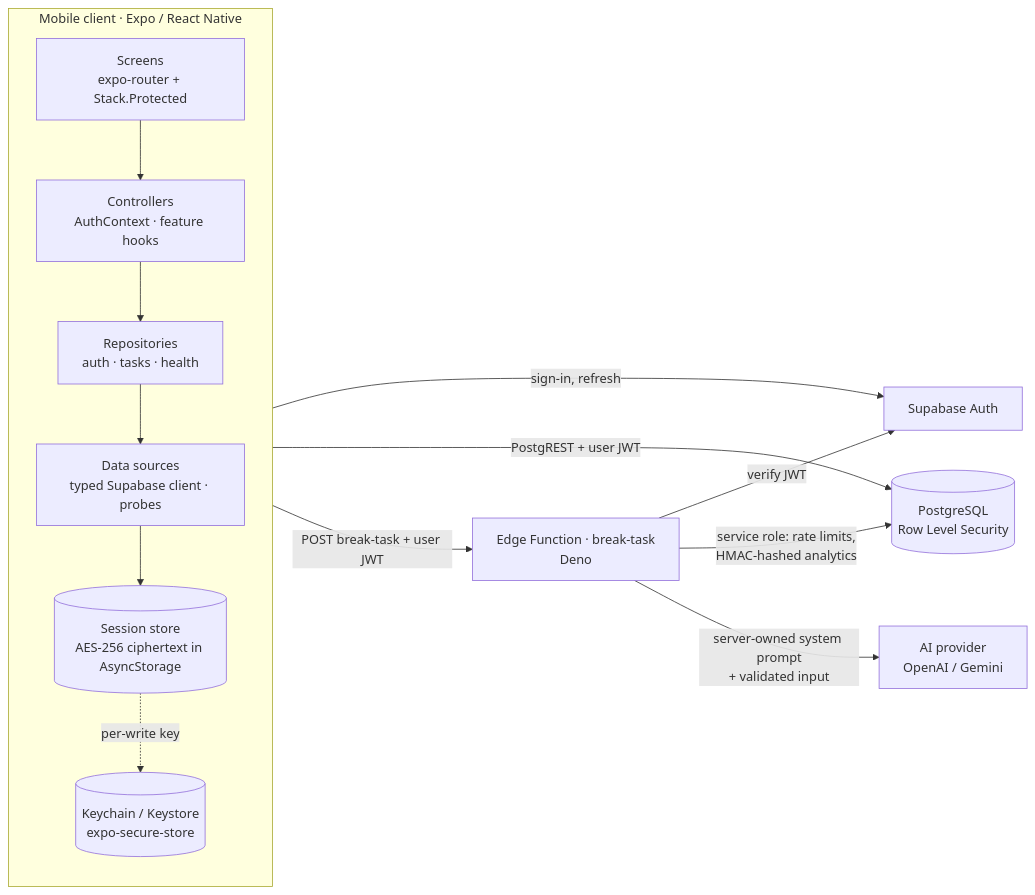
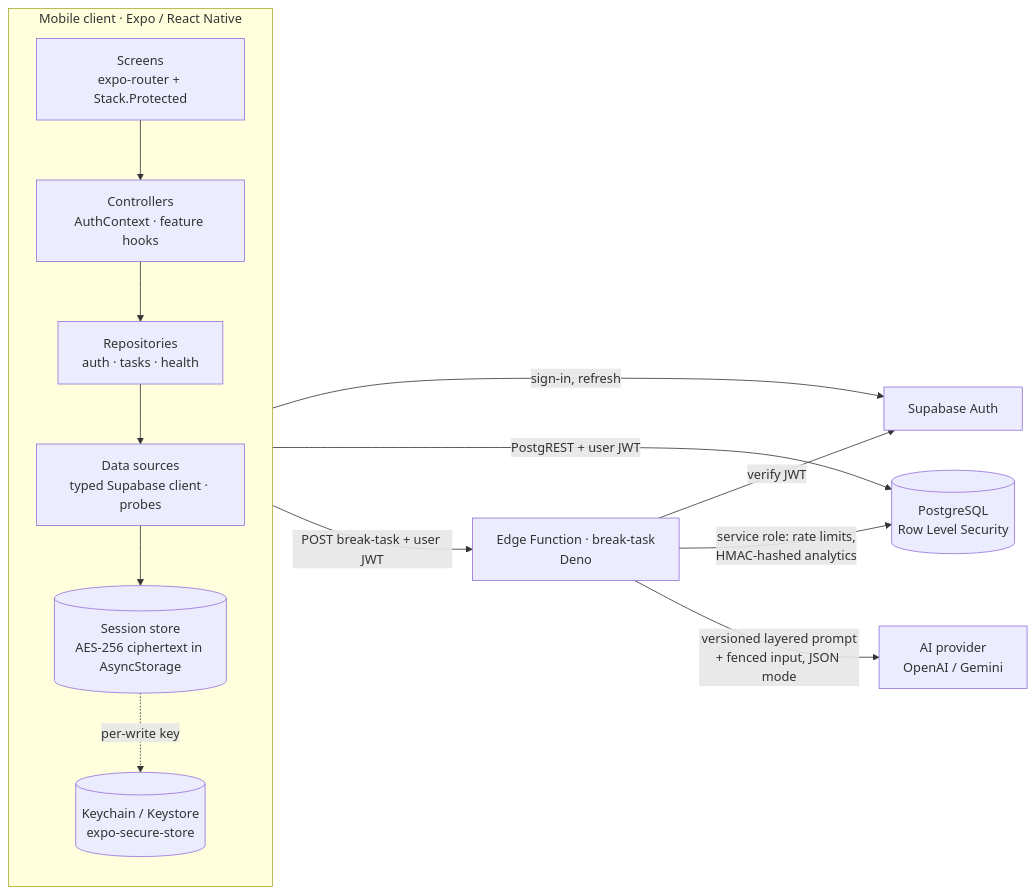
The first of 2 diagrams in README.md (ahmetHakanSenel/Minito), drawn with Mermaid before and after one commit. The commit also changed other lines of this file and 19 other files, not shown here.

````diff
--- a/README.md
+++ b/README.md
@@ -35,18 +40,18 @@
 ```mermaid
 flowchart LR
   subgraph Device["Mobile client · Expo / React Native"]
     direction TB
     UI["Screens<br/>expo-router + Stack.Protected"] --> CTRL["Controllers<br/>AuthContext · feature hooks"]
     CTRL --> REPO["Repositories<br/>auth · tasks · health"]
     REPO --> DATA["Data sources<br/>typed Supabase client · probes"]
     DATA --> SESSION[("Session store<br/>AES-256 ciphertext in AsyncStorage")]
     SESSION -. "per-write key" .-> KEYCHAIN[("Keychain / Keystore<br/>expo-secure-store")]
   end
 
   DATA -- "sign-in, refresh" --> AUTH["Supabase Auth"]
   DATA -- "PostgREST + user JWT" --> PG[("PostgreSQL<br/>Row Level Security")]
   DATA -- "POST break-task + user JWT" --> EF["Edge Function · break-task<br/>Deno"]
   EF -- "verify JWT" --> AUTH
   EF -- "service role: rate limits,<br/>HMAC-hashed analytics" --> PG
-  EF -- "server-owned system prompt<br/>+ validated input" --> AI["AI provider<br/>OpenAI / Gemini"]
+  EF -- "versioned layered prompt<br/>+ fenced input, JSON mode" --> AI["AI provider<br/>OpenAI / Gemini"]
 ```
````
